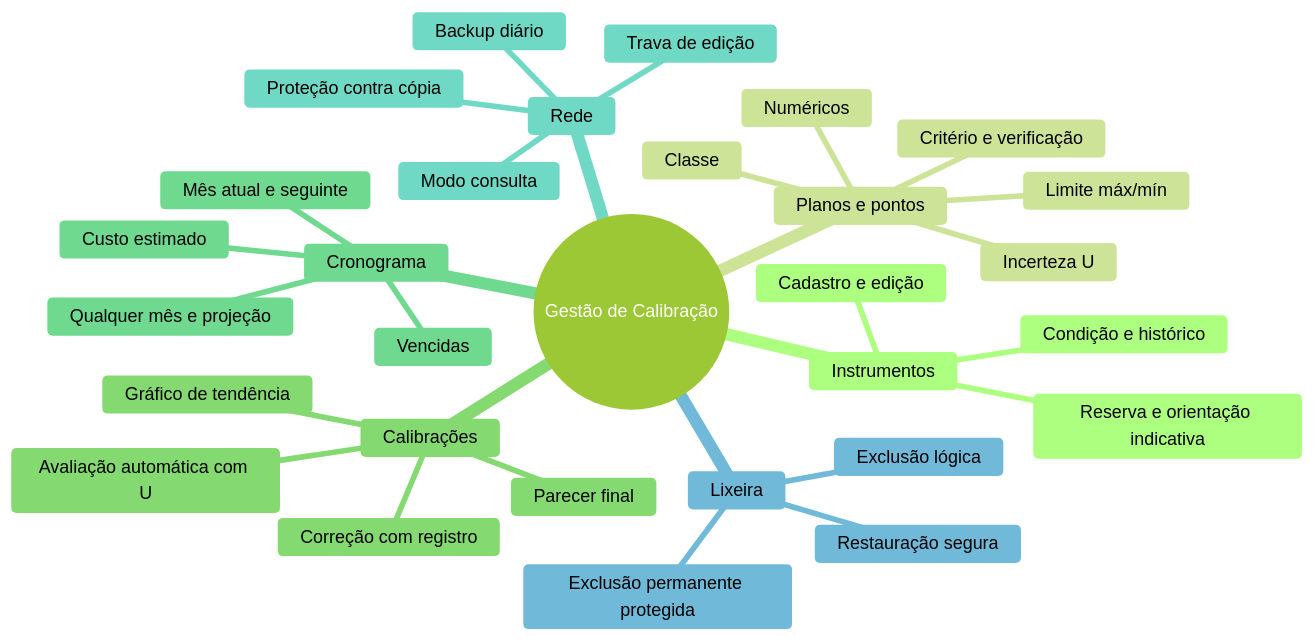
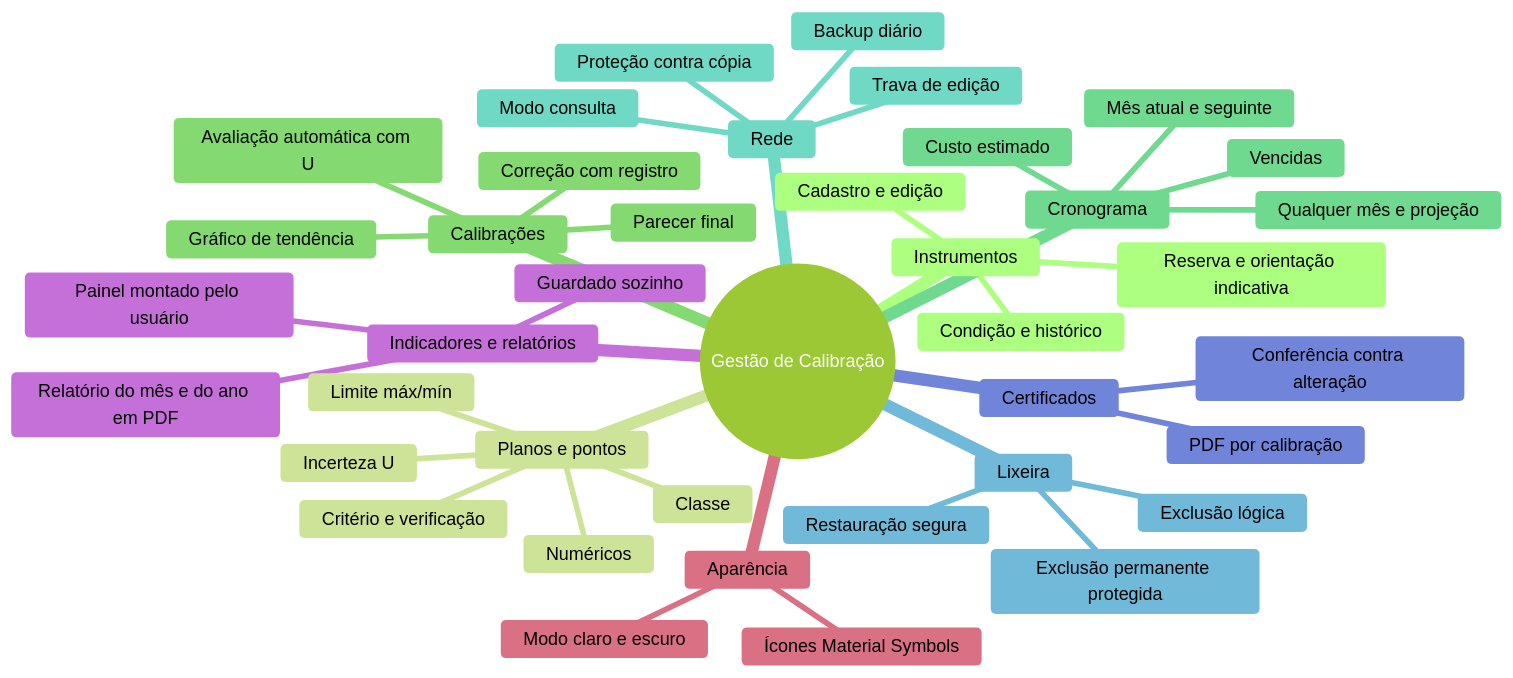
Before and after one commit to jcesarmph-ui/SistemaCalibracao: the first of 21 diagrams in README.md, drawn with Mermaid (forest theme). The commit also changed other lines of this file and 6 other files, not shown here.

Commit message:
README: novidades da 1.2.0 (certificados em PDF, modo claro/escuro, indicadores, relatórios) e fotos atualizadas

````diff
--- a/README.md
+++ b/README.md
@@ -68,33 +71,43 @@
 ```mermaid
 mindmap
   root((Gestão de Calibração))
     Instrumentos
       Cadastro e edição
       Condição e histórico
       Reserva e orientação indicativa
     Planos e pontos
       Numéricos
       Limite máx/mín
       Classe
       Critério e verificação
       Incerteza U
     Calibrações
       Avaliação automática com U
       Parecer final
       Correção com registro
       Gráfico de tendência
     Cronograma
       Vencidas
       Mês atual e seguinte
       Qualquer mês e projeção
       Custo estimado
     Rede
       Trava de edição
       Modo consulta
       Backup diário
       Proteção contra cópia
     Lixeira
       Exclusão lógica
       Restauração segura
       Exclusão permanente protegida
+    Certificados
+      PDF por calibração
+      Conferência contra alteração
+    Indicadores e relatórios
+      Painel montado pelo usuário
+      Relatório do mês e do ano em PDF
+      Guardado sozinho
+    Aparência
+      Modo claro e escuro
+      Ícones Material Symbols
 ```
````
